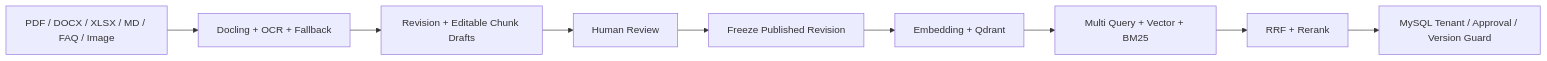
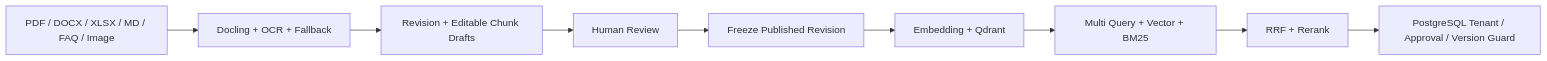
Before and after one commit to 6Asmile/AI_interview: the third of 3 diagrams in README.md, drawn with Mermaid. The commit also changed other lines of this file and 186 other files, not shown here.

````diff
--- a/README.md
+++ b/README.md
@@ -150,15 +162,15 @@
 ```mermaid
 flowchart LR
     UPLOAD["PDF / DOCX / XLSX / MD / FAQ / Image"]
     PARSE["Docling + OCR + Fallback"]
     DRAFT["Revision + Editable Chunk Drafts"]
     REVIEW["Human Review"]
     PUBLISH["Freeze Published Revision"]
     INDEX["Embedding + Qdrant"]
     RETRIEVE["Multi Query + Vector + BM25"]
     FUSION["RRF + Rerank"]
-    GUARD["MySQL Tenant / Approval / Version Guard"]
+    GUARD["PostgreSQL Tenant / Approval / Version Guard"]
 
     UPLOAD --> PARSE --> DRAFT --> REVIEW --> PUBLISH --> INDEX
     INDEX --> RETRIEVE --> FUSION --> GUARD
 ```
````
